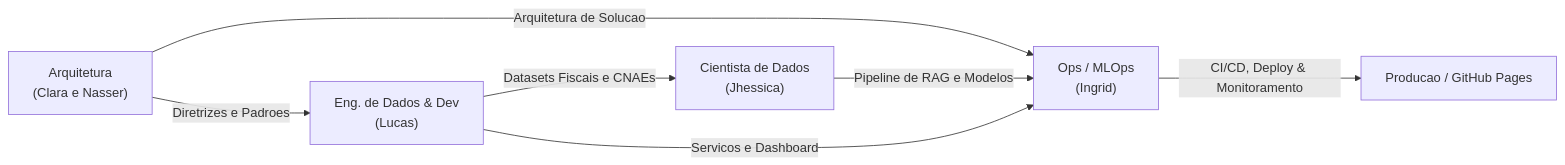
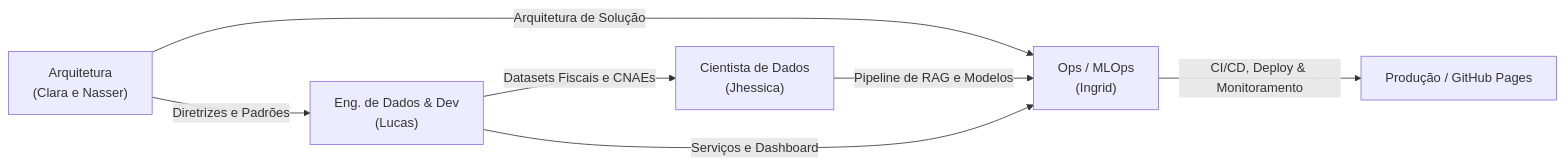
Before and after one commit to ingrdsoares/RES-IA-Challenge-2: the diagram in docs/README.md, drawn with Mermaid. The commit also changed other lines of this file and 9 other files, not shown here.

````diff
--- a/docs/README.md
+++ b/docs/README.md
@@ -35,14 +35,14 @@
 ```mermaid
 flowchart LR
     Lucas["Eng. de Dados & Dev\n(Lucas)"]
     DataScientist["Cientista de Dados\n(Jhessica)"]
     Arquiteto["Arquitetura\n(Clara e Nasser)"]
     Ingrid["Ops / MLOps\n(Ingrid)"]
 
-    Arquiteto -->|Diretrizes e Padroes| Lucas
-    Arquiteto -->|Arquitetura de Solucao| Ingrid
+    Arquiteto -->|Diretrizes e Padrões| Lucas
+    Arquiteto -->|Arquitetura de Solução| Ingrid
     Lucas -->|Datasets Fiscais e CNAEs| DataScientist
     DataScientist -->|Pipeline de RAG e Modelos| Ingrid
-    Lucas -->|Servicos e Dashboard| Ingrid
-    Ingrid -->|CI/CD, Deploy & Monitoramento| Producao["Producao / GitHub Pages"]
+    Lucas -->|Serviços e Dashboard| Ingrid
+    Ingrid -->|CI/CD, Deploy & Monitoramento| Producao["Produção / GitHub Pages"]
 ```
````
